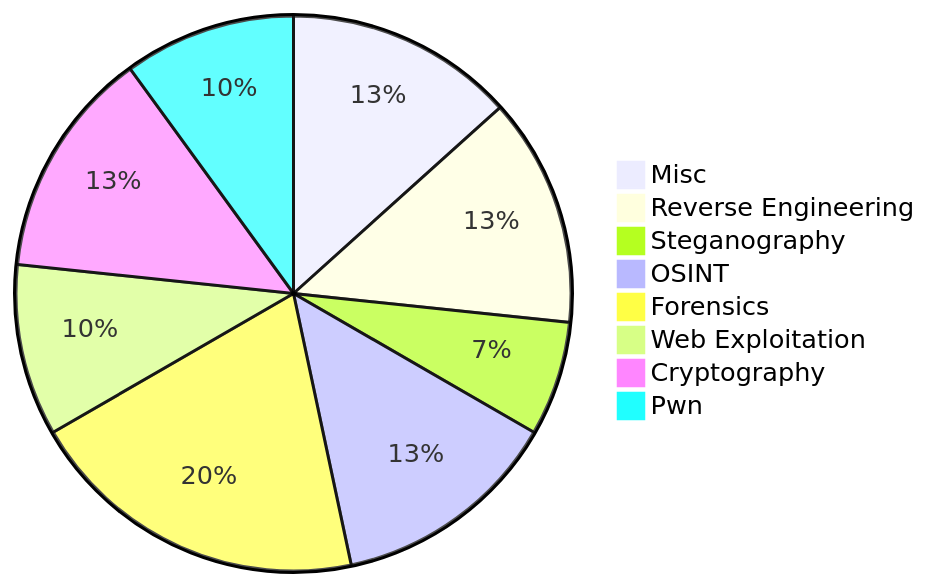
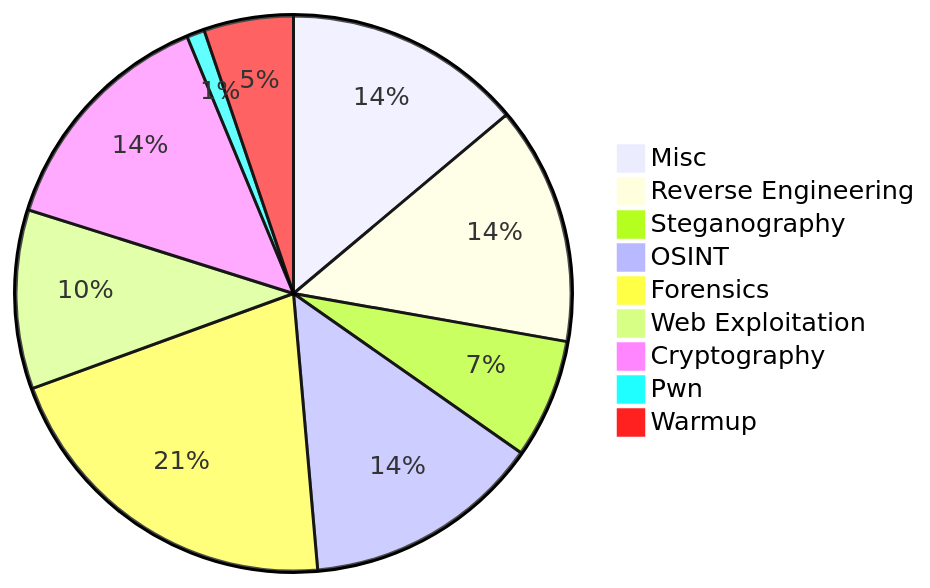
The diagram in ReadMe.md (jkkniucsc/JKKNIU_CTF_2024), drawn with Mermaid before and after one commit. The commit also changed other lines of this file and 1 other file, not shown here.

````diff
--- a/ReadMe.md
+++ b/ReadMe.md
@@ -18,11 +19,12 @@
 ```mermaid
 pie
 "Misc": 13.33
 "Reverse Engineering": 13.33
 "Steganography": 6.67
 "OSINT": 13.33
 "Forensics": 20.00
 "Web Exploitation": 10.00
 "Cryptography": 13.33
-"Pwn": 10.00
+"Pwn": 1
+"Warmup": 5
 ```
````
